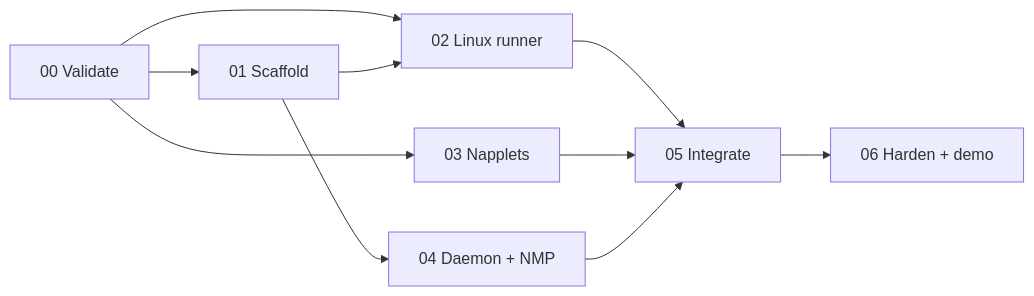
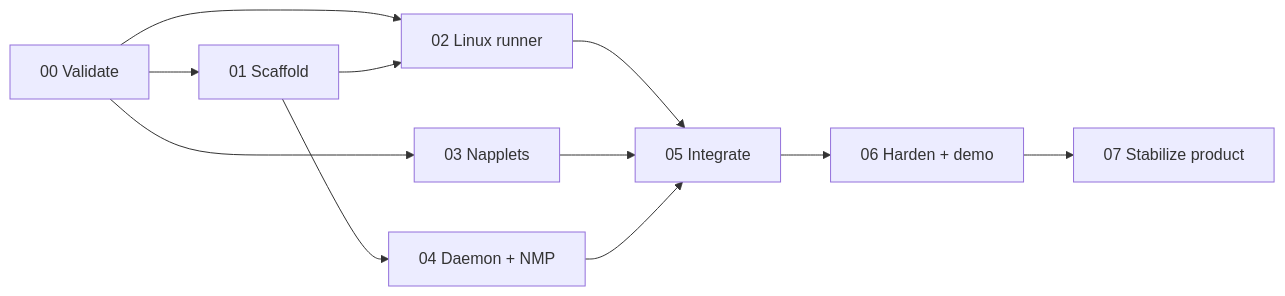
Before and after one commit to jodobear/uzel: the diagram in uzel-poc-validated-pack/docs/04-execution.md, drawn with Mermaid. The commit also changed other lines of this file and 5 other files, not shown here.

````diff
--- a/uzel-poc-validated-pack/docs/04-execution.md
+++ b/uzel-poc-validated-pack/docs/04-execution.md
@@ -7,12 +7,13 @@
 ```mermaid
 flowchart LR
     V[00 Validate] --> S[01 Scaffold]
     V --> R[02 Linux runner]
     V --> N[03 Napplets]
     S --> R
     S --> D[04 Daemon + NMP]
     R --> I[05 Integrate]
     N --> I
     D --> I
     I --> H[06 Harden + demo]
+    H --> P[07 Stabilize product]
 ```
````
